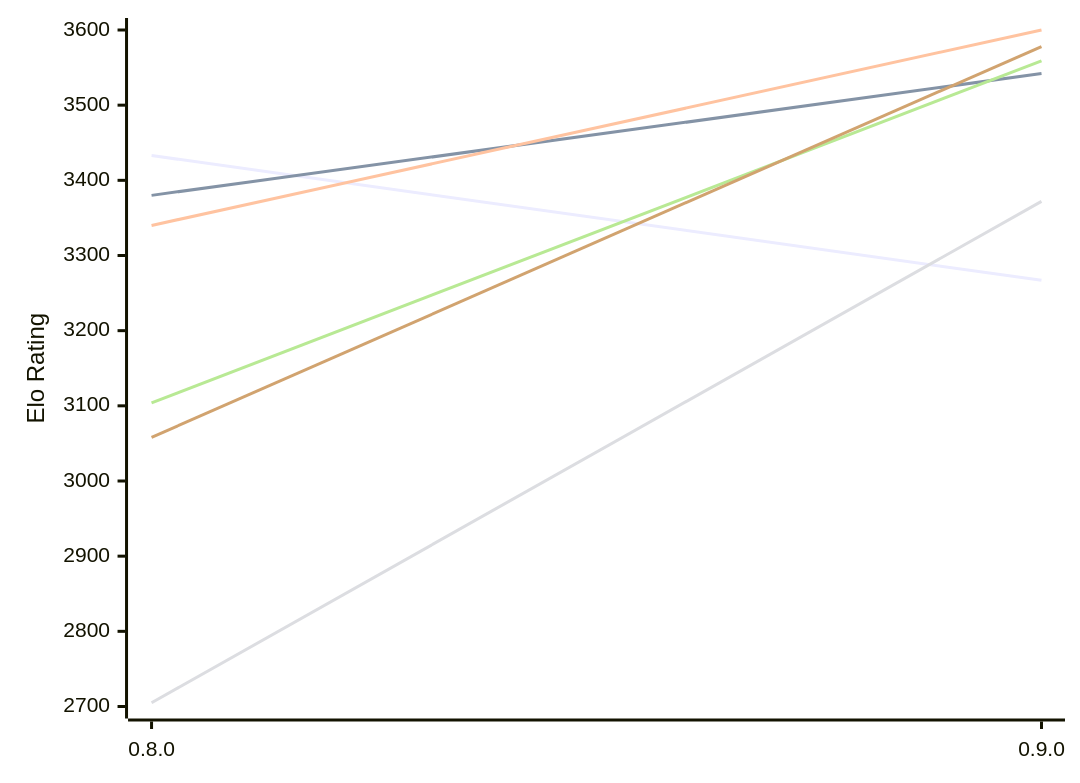
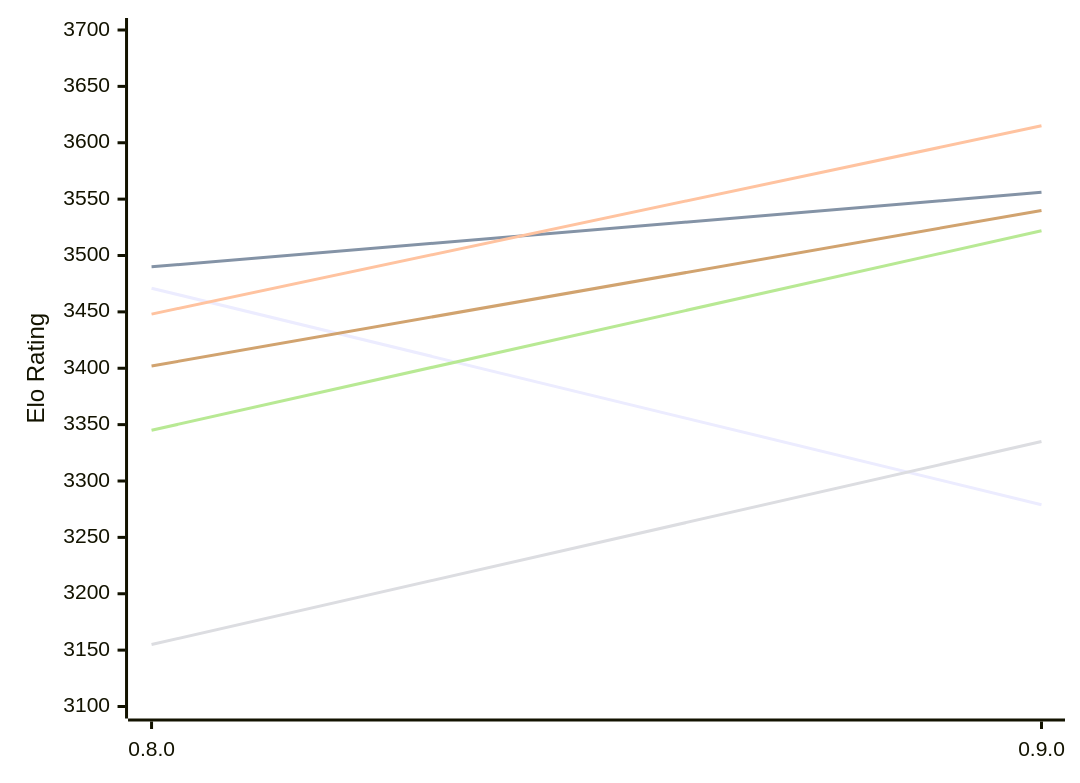
One commit to computer-chess-index/cci changed the first of 2 diagrams in engines/Motor.md. Above: the diagram before and after it, drawn with Mermaid. The commit also changed other lines of this file, not shown here.

Commit message:
Update CCI Ratings (ELO VLTC) - 2026-11-14

````diff
--- a/engines/Motor.md
+++ b/engines/Motor.md
@@ -51,12 +51,12 @@
 ```mermaid
 %%{init: {"theme":"base","themeVariables":{"seriesColors:['#a3a3a3','#222221','#faa371']}}}%%
 xychart-beta
   x-axis ["0.8.0", "0.9.0"]
-  y-axis "Elo Rating" 2700 --> 3600
-  line "E1: STC (8.0+0.08s)" [3433, 3267]
-  line "E1: LTC (60.0+0.60s)" [3380, 3542]
-  line "E1: VLTC (2m24s+1.12s)" [3340, 3600]
-  line "P1: STC (8.0+0.08s)" [2705, 3372]
-  line "P1: LTC (60.0+0.60s)" [3104, 3559]
-  line "P1: VLTC (2m24s+1.12s)" [3058, 3578]
+  y-axis "Elo Rating" 3100 --> 3700
+  line "E1: STC (8.0+0.08s)" [3471, 3279]
+  line "E1: LTC (60.0+0.60s)" [3490, 3556]
+  line "E1: VLTC (2m24s+1.12s)" [3448, 3615]
+  line "P1: STC (8.0+0.08s)" [3155, 3335]
+  line "P1: LTC (60.0+0.60s)" [3345, 3522]
+  line "P1: VLTC (2m24s+1.12s)" [3402, 3540]
 ```
````
